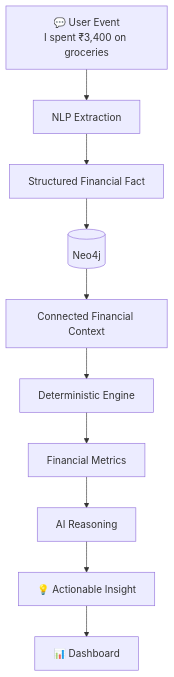
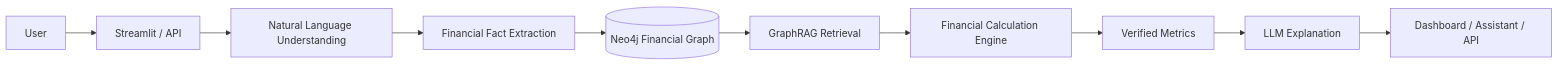
The second of 11 diagrams in README.md (ShlokMishra01/Fintech-assistant-model-with-neo4j-and-Python), drawn with Mermaid before and after one commit. The commit also changed other lines of this file, not shown here.

````diff
--- a/README.md
+++ b/README.md
@@ -103,12 +165,21 @@
 ```mermaid
-flowchart TD
-    A["💬 User Event<br/>I spent ₹3,400 on groceries"] --> B["NLP Extraction"]
-    B --> C["Structured Financial Fact"]
-    C --> D[("Neo4j")]
-    D --> E["Connected Financial Context"]
-    E --> F["Deterministic Engine"]
-    F --> G["Financial Metrics"]
-    G --> H["AI Reasoning"]
-    H --> I["💡 Actionable Insight"]
-    I --> J["📊 Dashboard"]
+flowchart LR
+
+    A["User"] --> B["Streamlit / API"]
+
+    B --> C["Natural Language Understanding"]
+
+    C --> D["Financial Fact Extraction"]
+
+    D --> E[("Neo4j Financial Graph")]
+
+    E --> F["GraphRAG Retrieval"]
+
+    F --> G["Financial Calculation Engine"]
+
+    G --> H["Verified Metrics"]
+
+    H --> I["LLM Explanation"]
+
+    I --> J["Dashboard / Assistant / API"]
 ```
````
